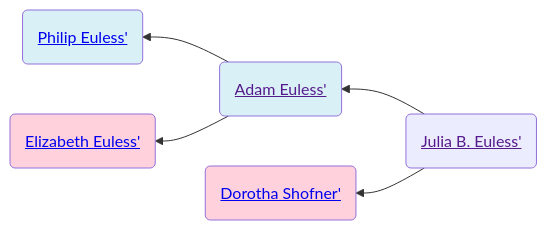
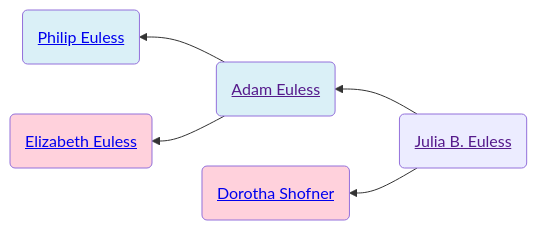
Before and after one commit to neelsmith/avocational: the first of 2 diagrams in familyhistory/sources/people/Gattis-line/Euless-line/Julia_B._Euless.qmd, drawn with Mermaid. The commit also changed other lines of this file and 96 other files, not shown here.

````diff
--- a/familyhistory/sources/people/Gattis-line/Euless-line/Julia_B._Euless.qmd
+++ b/familyhistory/sources/people/Gattis-line/Euless-line/Julia_B._Euless.qmd
@@ -26,16 +26,16 @@
 ```{mermaid}
 graph RL
 %% RL ancestor diagram
-Julia_B._Euless(<a href=''>Julia B. Euless'</>) -->  Adam_Euless(<a href='./Adam_Euless.html'>Adam Euless'</>)
-Adam_Euless(<a href=''>Adam Euless'</>) -->  Philip_Euless(<a href='./Philip_Euless.html'>Philip Euless'</>)
+Julia_B._Euless(<a href=''>Julia B. Euless</a>) -->  Adam_Euless(<a href='./Adam_Euless.html'>Adam Euless</a>)
+Adam_Euless(<a href=''>Adam Euless</a>) -->  Philip_Euless(<a href='./Philip_Euless.html'>Philip Euless</a>)
 class Philip_Euless father
-Adam_Euless(<a href=''>Adam Euless'</>)  --> Elizabeth_Euless(<a href='./Elizabeth_Euless.html'>Elizabeth Euless'</>)
+Adam_Euless(<a href=''>Adam Euless</a>)  --> Elizabeth_Euless(<a href='./Elizabeth_Euless.html'>Elizabeth Euless</a>)
 class Elizabeth_Euless mother
 class Adam_Euless father
-Julia_B._Euless(<a href=''>Julia B. Euless'</>)  --> Dorotha_Shofner(<a href='./Dorotha_Shofner.html'>Dorotha Shofner'</>)
+Julia_B._Euless(<a href=''>Julia B. Euless</a>)  --> Dorotha_Shofner(<a href='./Dorotha_Shofner.html'>Dorotha Shofner</a>)
 class Dorotha_Shofner mother
 classDef mother fill:#ffd1dc
 classDef father fill:#daf0f7  
 classDef marriage fill:#ffffff
 
 ```
````
